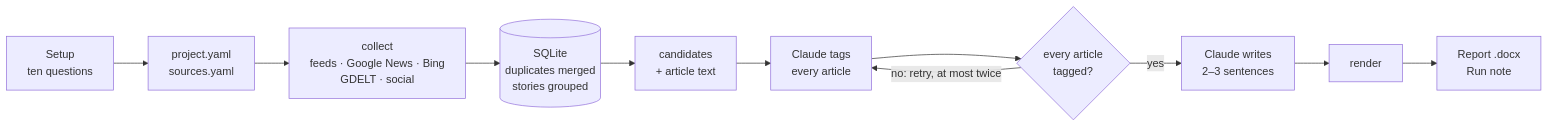
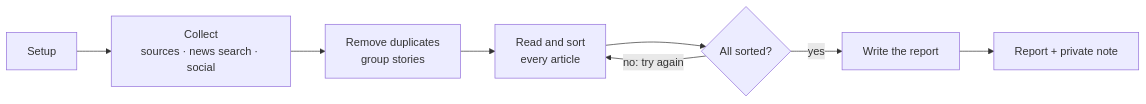
The diagram in README.md (omerkavuk/clipper), drawn with Mermaid before and after one commit. The commit also changed other lines of this file, not shown here.

````diff
--- a/README.md
+++ b/README.md
@@ -253,13 +211,10 @@
 ```mermaid
 flowchart LR
-    W["Setup<br/>ten questions"] --> P["project.yaml<br/>sources.yaml"]
-    P --> C["collect<br/>feeds · Google News · Bing<br/>GDELT · social"]
-    C --> S[("SQLite<br/>duplicates merged<br/>stories grouped")]
-    S --> K["candidates<br/>+ article text"]
-    K --> T["Claude tags<br/>every article"]
-    T --> A{"every article<br/>tagged?"}
-    A -- "no: retry, at most twice" --> T
-    A -- yes --> D["Claude writes<br/>2–3 sentences"]
-    D --> R["render"]
-    R --> O["Report .docx<br/>Run note"]
+    S["Setup"] --> C["Collect<br/>sources · news search · social"]
+    C --> D["Remove duplicates<br/>group stories"]
+    D --> R["Read and sort<br/>every article"]
+    R --> K{"All sorted?"}
+    K -- "no: try again" --> R
+    K -- yes --> W["Write the report"]
+    W --> O["Report + private note"]
 ```
````
